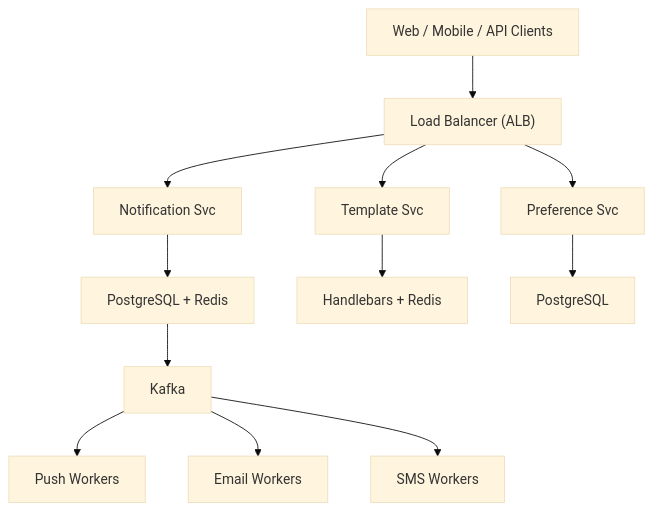
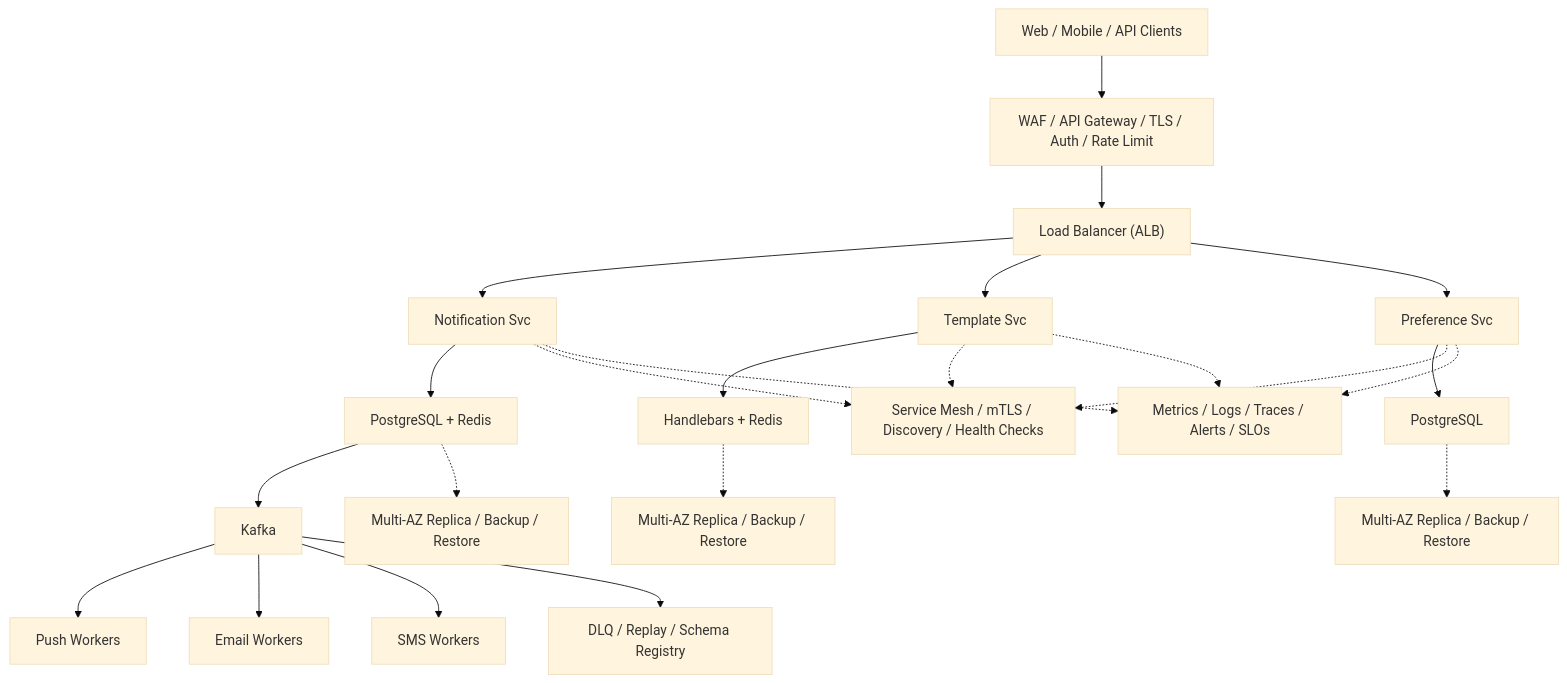
One commit to aishwary11/system-design changed the diagram in system-design-notification-system.md. Above: the diagram before and after it, drawn with Mermaid (base theme). The commit also changed 31 other files, not shown here.

Commit message:
Add production-grade architecture details

````diff
--- a/system-design-notification-system.md
+++ b/system-design-notification-system.md
@@ -43,14 +43,25 @@
 ```mermaid
 flowchart TB
-    clients["Web / Mobile / API Clients"] --> lb["Load Balancer (ALB)"]
+    clients["Web / Mobile / API Clients"] --> edge["WAF / API Gateway / TLS / Auth / Rate Limit"]
+    edge --> lb["Load Balancer (ALB)"]
     lb --> svc0["Notification Svc"]
     lb --> svc1["Template Svc"]
     lb --> svc2["Preference Svc"]
     svc0 --> store0["PostgreSQL + Redis"]
     svc1 --> store1["Handlebars + Redis"]
     svc2 --> store2["PostgreSQL"]
     store0 --> stream["Kafka"]
     stream --> worker0["Push Workers"]
     stream --> worker1["Email Workers"]
     stream --> worker2["SMS Workers"]
+    svc0 -.-> platform["Service Mesh / mTLS / Discovery / Health Checks"]
+    svc1 -.-> platform
+    svc2 -.-> platform
+    store0 -.-> backup0["Multi-AZ Replica / Backup / Restore"]
+    store1 -.-> backup1["Multi-AZ Replica / Backup / Restore"]
+    store2 -.-> backup2["Multi-AZ Replica / Backup / Restore"]
+    stream --> dlq["DLQ / Replay / Schema Registry"]
+    svc0 -.-> ops["Metrics / Logs / Traces / Alerts / SLOs"]
+    svc1 -.-> ops
+    svc2 -.-> ops
 ```
````
